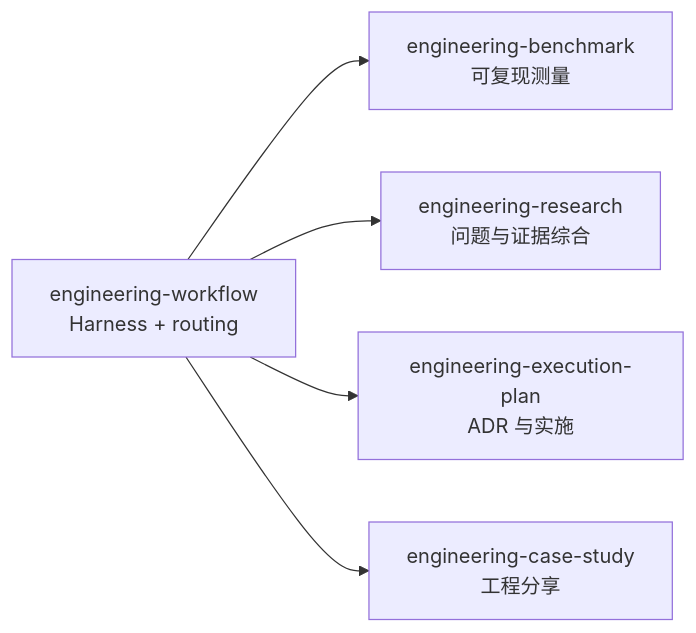
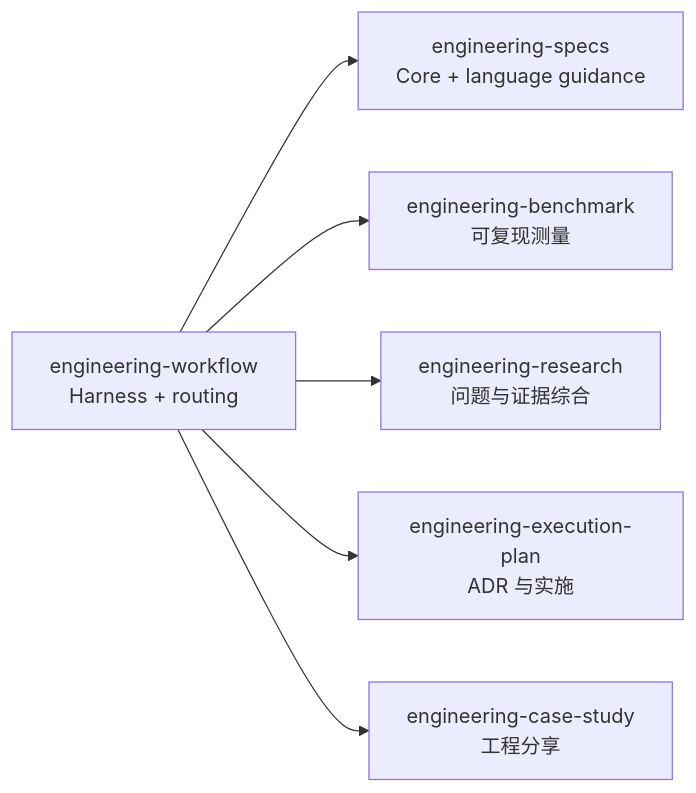
Before and after one commit to XiaoWeiKIN/RepoFoundryAI: the diagram in SKILL.md, drawn with Mermaid. The commit also changed other lines of this file and 27 other files, not shown here.

````diff
--- a/SKILL.md
+++ b/SKILL.md
@@ -12,8 +13,9 @@
 ```mermaid
 flowchart LR
     W["engineering-workflow<br/>Harness + routing"]
+    W --> S["engineering-specs<br/>Core + language guidance"]
     W --> B["engineering-benchmark<br/>可复现测量"]
     W --> R["engineering-research<br/>问题与证据综合"]
     W --> E["engineering-execution-plan<br/>ADR 与实施"]
     W --> C["engineering-case-study<br/>工程分享"]
 ```
````
